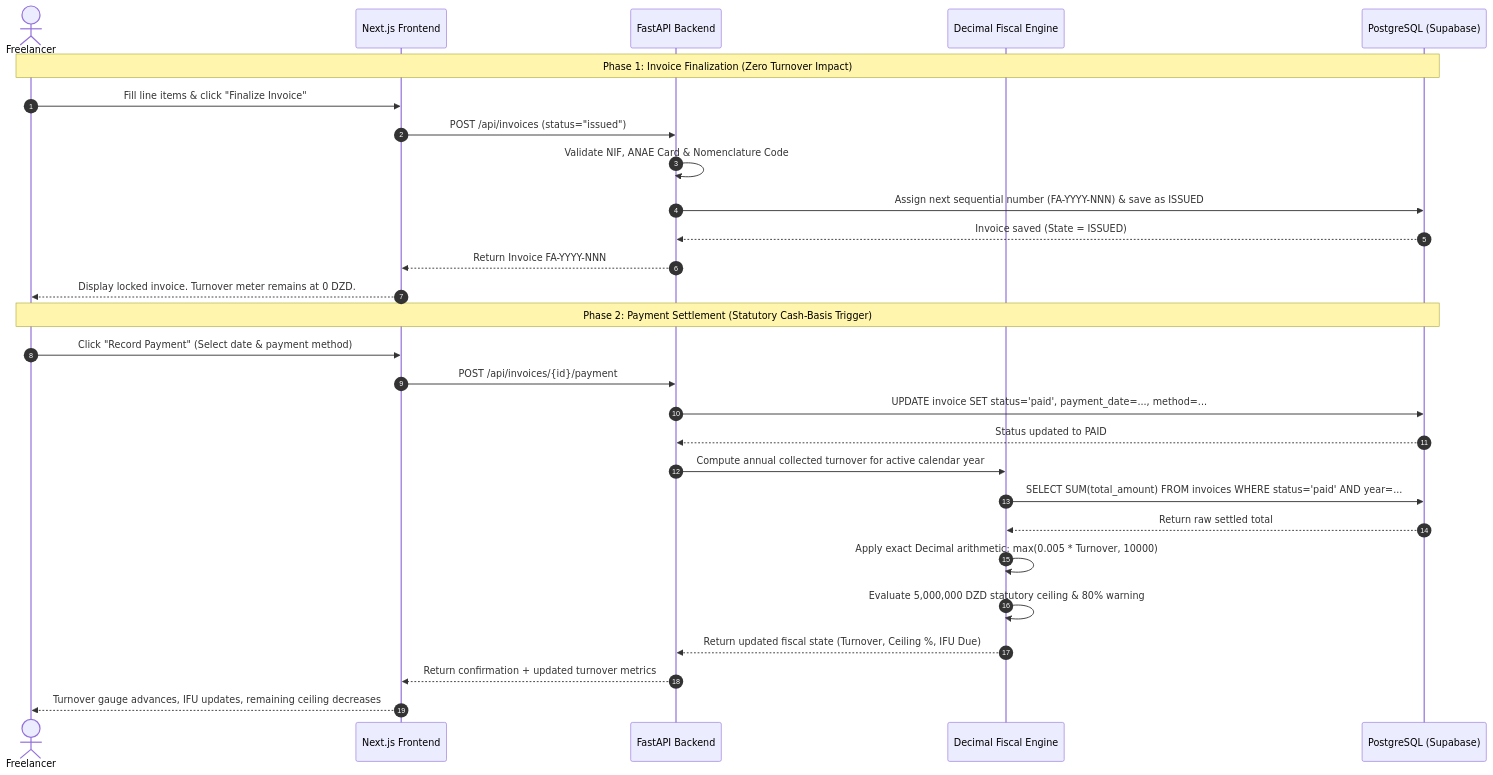
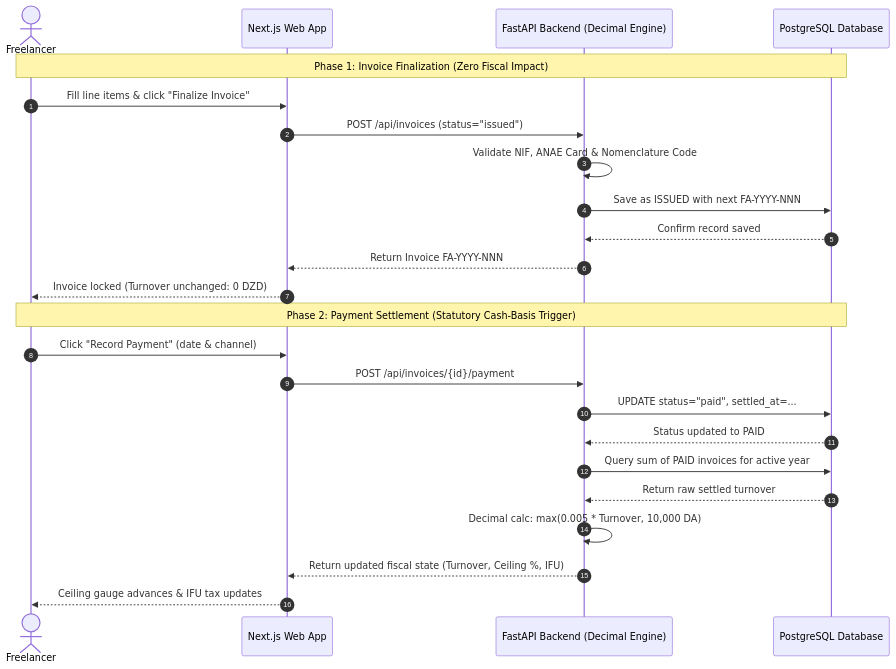
One commit to AYA-BACHA/MoukawilOS changed the third of 7 diagrams in README.md. Above: the diagram before and after it, drawn with Mermaid. The commit also changed other lines of this file, not shown here.

Commit message:
docs: replace ASCII diagrams with high-fidelity Mermaid charts and optimize diagram font legibility

````diff
--- a/README.md
+++ b/README.md
@@ -216,34 +240,29 @@
 ```mermaid
 sequenceDiagram
     autonumber
     actor User as Freelancer
-    participant FE as Next.js Frontend
-    participant API as FastAPI Backend
-    participant Calc as Decimal Fiscal Engine
-    participant DB as PostgreSQL (Supabase)
+    participant Web as Next.js Web App
+    participant API as FastAPI Backend (Decimal Engine)
+    participant DB as PostgreSQL Database
 
-    Note over User,DB: Phase 1: Invoice Finalization (Zero Turnover Impact)
-    User->>FE: Fill line items & click "Finalize Invoice"
-    FE->>API: POST /api/invoices (status="issued")
+    Note over User,DB: Phase 1: Invoice Finalization (Zero Fiscal Impact)
+    User->>Web: Fill line items & click "Finalize Invoice"
+    Web->>API: POST /api/invoices (status="issued")
     API->>API: Validate NIF, ANAE Card & Nomenclature Code
-    API->>DB: Assign next sequential number (FA-YYYY-NNN) & save as ISSUED
-    DB-->>API: Invoice saved (State = ISSUED)
-    API-->>FE: Return Invoice FA-YYYY-NNN
-    FE-->>User: Display locked invoice. Turnover meter remains at 0 DZD.
+    API->>DB: Save as ISSUED with next FA-YYYY-NNN
+    DB-->>API: Confirm record saved
+    API-->>Web: Return Invoice FA-YYYY-NNN
+    Web-->>User: Invoice locked (Turnover unchanged: 0 DZD)
 
     Note over User,DB: Phase 2: Payment Settlement (Statutory Cash-Basis Trigger)
-    User->>FE: Click "Record Payment" (Select date & payment method)
-    FE->>API: POST /api/invoices/{id}/payment
-    API->>DB: UPDATE invoice SET status='paid', payment_date=..., method=...
+    User->>Web: Click "Record Payment" (date & channel)
+    Web->>API: POST /api/invoices/{id}/payment
+    API->>DB: UPDATE status="paid", settled_at=...
     DB-->>API: Status updated to PAID
     
-    API->>Calc: Compute annual collected turnover for active calendar year
-    Calc->>DB: SELECT SUM(total_amount) FROM invoices WHERE status='paid' AND year=...
-    DB-->>Calc: Return raw settled total
-    Calc->>Calc: Apply exact Decimal arithmetic: max(0.005 * Turnover, 10000)
-    Calc->>Calc: Evaluate 5,000,000 DZD statutory ceiling & 80% warning
-    Calc-->>API: Return updated fiscal state (Turnover, Ceiling %, IFU Due)
-    
-    API-->>FE: Return confirmation + updated turnover metrics
-    FE-->>User: Turnover gauge advances, IFU updates, remaining ceiling decreases
+    API->>DB: Query sum of PAID invoices for active year
+    DB-->>API: Return raw settled turnover
+    API->>API: Decimal calc: max(0.005 * Turnover, 10,000 DA)
+    API-->>Web: Return updated fiscal state (Turnover, Ceiling %, IFU)
+    Web-->>User: Ceiling gauge advances & IFU tax updates
 ```
````
